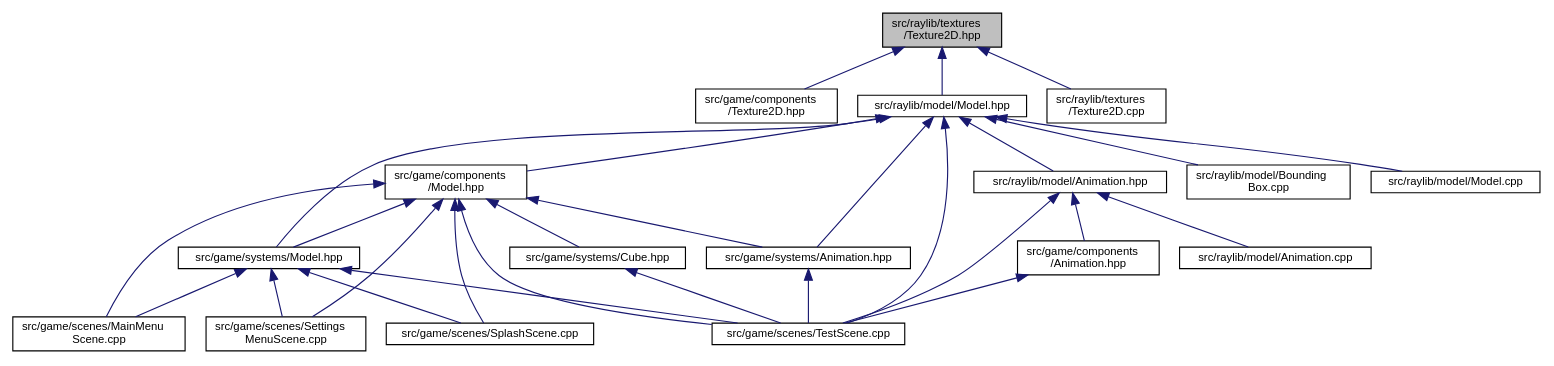
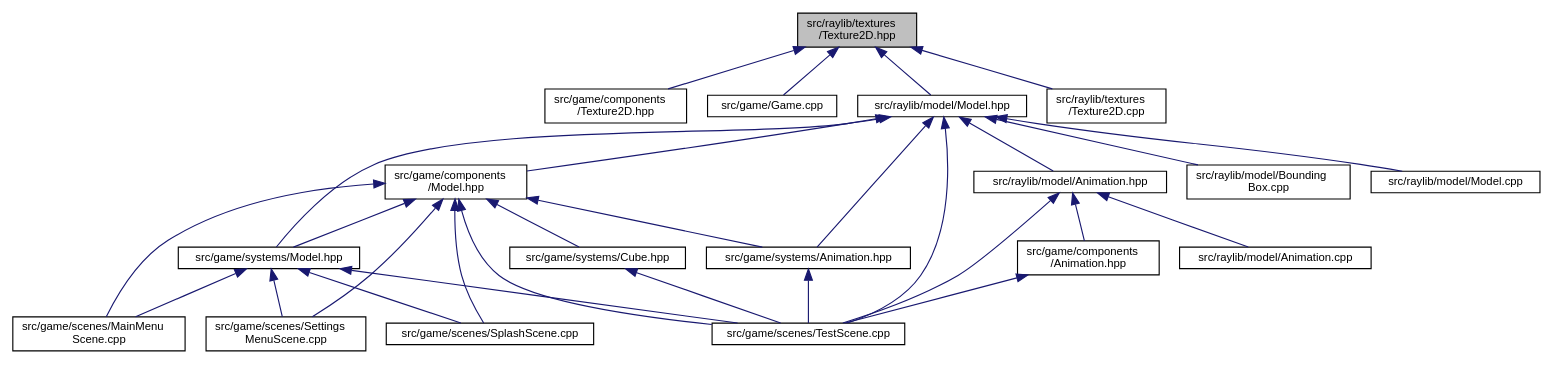
The diagram in raylib_2textures_2_texture2_d_8hpp__dep__incl.dot (MisterPeModder/Bomberman-Global-Offensive), drawn with Graphviz before and after one commit. The commit also changed 319 other files, not shown here.

```diff
--- a/raylib_2textures_2_texture2_d_8hpp__dep__incl.dot
+++ b/raylib_2textures_2_texture2_d_8hpp__dep__incl.dot
@@ -1,50 +1,52 @@
 digraph "src/raylib/textures/Texture2D.hpp"
 {
  // LATEX_PDF_SIZE
   edge [fontname="Helvetica",fontsize="10",labelfontname="Helvetica",labelfontsize="10"];
   node [fontname="Helvetica",fontsize="10",shape=record];
   Node1 [label="src/raylib/textures\l/Texture2D.hpp",height=0.2,width=0.4,color="black", fillcolor="grey75", style="filled", fontcolor="black",tooltip=" "];
   Node1 -> Node2 [dir="back",color="midnightblue",fontsize="10",style="solid",fontname="Helvetica"];
   Node2 [label="src/game/components\l/Texture2D.hpp",height=0.2,width=0.4,color="black", fillcolor="white", style="filled",URL="$game_2components_2_texture2_d_8hpp.html",tooltip=" "];
   Node1 -> Node3 [dir="back",color="midnightblue",fontsize="10",style="solid",fontname="Helvetica"];
-  Node3 [label="src/raylib/model/Model.hpp",height=0.2,width=0.4,color="black", fillcolor="white", style="filled",URL="$raylib_2model_2_model_8hpp.html",tooltip=" "];
-  Node3 -> Node4 [dir="back",color="midnightblue",fontsize="10",style="solid",fontname="Helvetica"];
-  Node4 [label="src/game/components\l/Model.hpp",height=0.2,width=0.4,color="black", fillcolor="white", style="filled",URL="$game_2components_2_model_8hpp.html",tooltip=" "];
+  Node3 [label="src/game/Game.cpp",height=0.2,width=0.4,color="black", fillcolor="white", style="filled",URL="$_game_8cpp.html",tooltip=" "];
+  Node1 -> Node4 [dir="back",color="midnightblue",fontsize="10",style="solid",fontname="Helvetica"];
+  Node4 [label="src/raylib/model/Model.hpp",height=0.2,width=0.4,color="black", fillcolor="white", style="filled",URL="$raylib_2model_2_model_8hpp.html",tooltip=" "];
   Node4 -> Node5 [dir="back",color="midnightblue",fontsize="10",style="solid",fontname="Helvetica"];
-  Node5 [label="src/game/scenes/MainMenu\lScene.cpp",height=0.2,width=0.4,color="black", fillcolor="white", style="filled",URL="$_main_menu_scene_8cpp.html",tooltip=" "];
-  Node4 -> Node6 [dir="back",color="midnightblue",fontsize="10",style="solid",fontname="Helvetica"];
-  Node6 [label="src/game/scenes/Settings\lMenuScene.cpp",height=0.2,width=0.4,color="black", fillcolor="white", style="filled",URL="$_settings_menu_scene_8cpp.html",tooltip=" "];
-  Node4 -> Node7 [dir="back",color="midnightblue",fontsize="10",style="solid",fontname="Helvetica"];
-  Node7 [label="src/game/scenes/SplashScene.cpp",height=0.2,width=0.4,color="black", fillcolor="white", style="filled",URL="$_splash_scene_8cpp.html",tooltip=" "];
-  Node4 -> Node8 [dir="back",color="midnightblue",fontsize="10",style="solid",fontname="Helvetica"];
-  Node8 [label="src/game/scenes/TestScene.cpp",height=0.2,width=0.4,color="black", fillcolor="white", style="filled",URL="$_test_scene_8cpp.html",tooltip=" "];
+  Node5 [label="src/game/components\l/Model.hpp",height=0.2,width=0.4,color="black", fillcolor="white", style="filled",URL="$game_2components_2_model_8hpp.html",tooltip=" "];
+  Node5 -> Node6 [dir="back",color="midnightblue",fontsize="10",style="solid",fontname="Helvetica"];
+  Node6 [label="src/game/scenes/MainMenu\lScene.cpp",height=0.2,width=0.4,color="black", fillcolor="white", style="filled",URL="$_main_menu_scene_8cpp.html",tooltip=" "];
+  Node5 -> Node7 [dir="back",color="midnightblue",fontsize="10",style="solid",fontname="Helvetica"];
+  Node7 [label="src/game/scenes/Settings\lMenuScene.cpp",height=0.2,width=0.4,color="black", fillcolor="white", style="filled",URL="$_settings_menu_scene_8cpp.html",tooltip=" "];
+  Node5 -> Node8 [dir="back",color="midnightblue",fontsize="10",style="solid",fontname="Helvetica"];
+  Node8 [label="src/game/scenes/SplashScene.cpp",height=0.2,width=0.4,color="black", fillcolor="white", style="filled",URL="$_splash_scene_8cpp.html",tooltip=" "];
+  Node5 -> Node9 [dir="back",color="midnightblue",fontsize="10",style="solid",fontname="Helvetica"];
+  Node9 [label="src/game/scenes/TestScene.cpp",height=0.2,width=0.4,color="black", fillcolor="white", style="filled",URL="$_test_scene_8cpp.html",tooltip=" "];
+  Node5 -> Node10 [dir="back",color="midnightblue",fontsize="10",style="solid",fontname="Helvetica"];
+  Node10 [label="src/game/systems/Animation.hpp",height=0.2,width=0.4,color="black", fillcolor="white", style="filled",URL="$game_2systems_2_animation_8hpp.html",tooltip=" "];
+  Node10 -> Node9 [dir="back",color="midnightblue",fontsize="10",style="solid",fontname="Helvetica"];
+  Node5 -> Node11 [dir="back",color="midnightblue",fontsize="10",style="solid",fontname="Helvetica"];
+  Node11 [label="src/game/systems/Cube.hpp",height=0.2,width=0.4,color="black", fillcolor="white", style="filled",URL="$game_2systems_2_cube_8hpp.html",tooltip=" "];
+  Node11 -> Node9 [dir="back",color="midnightblue",fontsize="10",style="solid",fontname="Helvetica"];
+  Node5 -> Node12 [dir="back",color="midnightblue",fontsize="10",style="solid",fontname="Helvetica"];
+  Node12 [label="src/game/systems/Model.hpp",height=0.2,width=0.4,color="black", fillcolor="white", style="filled",URL="$game_2systems_2_model_8hpp.html",tooltip=" "];
+  Node12 -> Node6 [dir="back",color="midnightblue",fontsize="10",style="solid",fontname="Helvetica"];
+  Node12 -> Node7 [dir="back",color="midnightblue",fontsize="10",style="solid",fontname="Helvetica"];
+  Node12 -> Node8 [dir="back",color="midnightblue",fontsize="10",style="solid",fontname="Helvetica"];
+  Node12 -> Node9 [dir="back",color="midnightblue",fontsize="10",style="solid",fontname="Helvetica"];
   Node4 -> Node9 [dir="back",color="midnightblue",fontsize="10",style="solid",fontname="Helvetica"];
-  Node9 [label="src/game/systems/Animation.hpp",height=0.2,width=0.4,color="black", fillcolor="white", style="filled",URL="$game_2systems_2_animation_8hpp.html",tooltip=" "];
-  Node9 -> Node8 [dir="back",color="midnightblue",fontsize="10",style="solid",fontname="Helvetica"];
   Node4 -> Node10 [dir="back",color="midnightblue",fontsize="10",style="solid",fontname="Helvetica"];
-  Node10 [label="src/game/systems/Cube.hpp",height=0.2,width=0.4,color="black", fillcolor="white", style="filled",URL="$game_2systems_2_cube_8hpp.html",tooltip=" "];
-  Node10 -> Node8 [dir="back",color="midnightblue",fontsize="10",style="solid",fontname="Helvetica"];
-  Node4 -> Node11 [dir="back",color="midnightblue",fontsize="10",style="solid",fontname="Helvetica"];
-  Node11 [label="src/game/systems/Model.hpp",height=0.2,width=0.4,color="black", fillcolor="white", style="filled",URL="$game_2systems_2_model_8hpp.html",tooltip=" "];
-  Node11 -> Node5 [dir="back",color="midnightblue",fontsize="10",style="solid",fontname="Helvetica"];
-  Node11 -> Node6 [dir="back",color="midnightblue",fontsize="10",style="solid",fontname="Helvetica"];
-  Node11 -> Node7 [dir="back",color="midnightblue",fontsize="10",style="solid",fontname="Helvetica"];
-  Node11 -> Node8 [dir="back",color="midnightblue",fontsize="10",style="solid",fontname="Helvetica"];
-  Node3 -> Node8 [dir="back",color="midnightblue",fontsize="10",style="solid",fontname="Helvetica"];
-  Node3 -> Node9 [dir="back",color="midnightblue",fontsize="10",style="solid",fontname="Helvetica"];
-  Node3 -> Node11 [dir="back",color="midnightblue",fontsize="10",style="solid",fontname="Helvetica"];
-  Node3 -> Node12 [dir="back",color="midnightblue",fontsize="10",style="solid",fontname="Helvetica"];
-  Node12 [label="src/raylib/model/Animation.hpp",height=0.2,width=0.4,color="black", fillcolor="white", style="filled",URL="$raylib_2model_2_animation_8hpp.html",tooltip=" "];
-  Node12 -> Node13 [dir="back",color="midnightblue",fontsize="10",style="solid",fontname="Helvetica"];
-  Node13 [label="src/game/components\l/Animation.hpp",height=0.2,width=0.4,color="black", fillcolor="white", style="filled",URL="$game_2components_2_animation_8hpp.html",tooltip=" "];
-  Node13 -> Node8 [dir="back",color="midnightblue",fontsize="10",style="solid",fontname="Helvetica"];
-  Node12 -> Node8 [dir="back",color="midnightblue",fontsize="10",style="solid",fontname="Helvetica"];
-  Node12 -> Node14 [dir="back",color="midnightblue",fontsize="10",style="solid",fontname="Helvetica"];
-  Node14 [label="src/raylib/model/Animation.cpp",height=0.2,width=0.4,color="black", fillcolor="white", style="filled",URL="$_animation_8cpp.html",tooltip=" "];
-  Node3 -> Node15 [dir="back",color="midnightblue",fontsize="10",style="solid",fontname="Helvetica"];
-  Node15 [label="src/raylib/model/Bounding\lBox.cpp",height=0.2,width=0.4,color="black", fillcolor="white", style="filled",URL="$_bounding_box_8cpp.html",tooltip=" "];
-  Node3 -> Node16 [dir="back",color="midnightblue",fontsize="10",style="solid",fontname="Helvetica"];
-  Node16 [label="src/raylib/model/Model.cpp",height=0.2,width=0.4,color="black", fillcolor="white", style="filled",URL="$_model_8cpp.html",tooltip=" "];
-  Node1 -> Node17 [dir="back",color="midnightblue",fontsize="10",style="solid",fontname="Helvetica"];
-  Node17 [label="src/raylib/textures\l/Texture2D.cpp",height=0.2,width=0.4,color="black", fillcolor="white", style="filled",URL="$_texture2_d_8cpp.html",tooltip=" "];
+  Node4 -> Node12 [dir="back",color="midnightblue",fontsize="10",style="solid",fontname="Helvetica"];
+  Node4 -> Node13 [dir="back",color="midnightblue",fontsize="10",style="solid",fontname="Helvetica"];
+  Node13 [label="src/raylib/model/Animation.hpp",height=0.2,width=0.4,color="black", fillcolor="white", style="filled",URL="$raylib_2model_2_animation_8hpp.html",tooltip=" "];
+  Node13 -> Node14 [dir="back",color="midnightblue",fontsize="10",style="solid",fontname="Helvetica"];
+  Node14 [label="src/game/components\l/Animation.hpp",height=0.2,width=0.4,color="black", fillcolor="white", style="filled",URL="$game_2components_2_animation_8hpp.html",tooltip=" "];
+  Node14 -> Node9 [dir="back",color="midnightblue",fontsize="10",style="solid",fontname="Helvetica"];
+  Node13 -> Node9 [dir="back",color="midnightblue",fontsize="10",style="solid",fontname="Helvetica"];
+  Node13 -> Node15 [dir="back",color="midnightblue",fontsize="10",style="solid",fontname="Helvetica"];
+  Node15 [label="src/raylib/model/Animation.cpp",height=0.2,width=0.4,color="black", fillcolor="white", style="filled",URL="$_animation_8cpp.html",tooltip=" "];
+  Node4 -> Node16 [dir="back",color="midnightblue",fontsize="10",style="solid",fontname="Helvetica"];
+  Node16 [label="src/raylib/model/Bounding\lBox.cpp",height=0.2,width=0.4,color="black", fillcolor="white", style="filled",URL="$_bounding_box_8cpp.html",tooltip=" "];
+  Node4 -> Node17 [dir="back",color="midnightblue",fontsize="10",style="solid",fontname="Helvetica"];
+  Node17 [label="src/raylib/model/Model.cpp",height=0.2,width=0.4,color="black", fillcolor="white", style="filled",URL="$_model_8cpp.html",tooltip=" "];
+  Node1 -> Node18 [dir="back",color="midnightblue",fontsize="10",style="solid",fontname="Helvetica"];
+  Node18 [label="src/raylib/textures\l/Texture2D.cpp",height=0.2,width=0.4,color="black", fillcolor="white", style="filled",URL="$_texture2_d_8cpp.html",tooltip=" "];
 }
```
